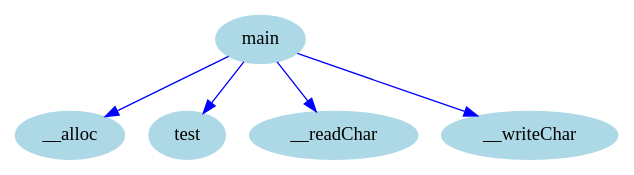
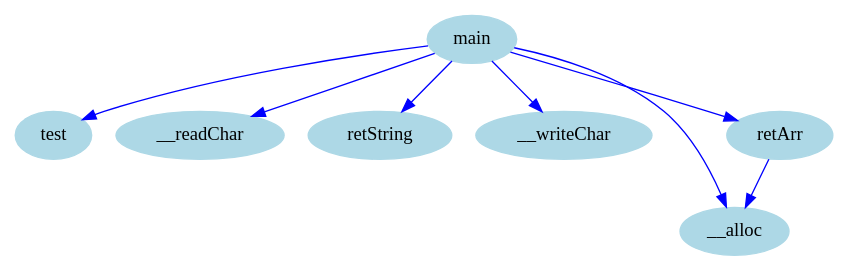
The diagram in outputs/cfg/cg.dot (zavar152-cv/myLang-oop-compiler), drawn with Graphviz before and after one commit. The commit also changed 8 other files, not shown here.

```diff
--- a/outputs/cfg/cg.dot
+++ b/outputs/cfg/cg.dot
@@ -1,14 +1,19 @@
 digraph CallGraph {
     node [shape=ellipse, style=filled, color=lightblue];
 
-    "__alloc";
     "test";
     "__readChar";
+    "retString";
     "__writeChar";
     "main";
+    "__alloc";
+    "retArr";
 
+    "main" -> "retArr" [color=blue];
     "main" -> "__alloc" [color=blue];
     "main" -> "test" [color=blue];
     "main" -> "__readChar" [color=blue];
+    "main" -> "retString" [color=blue];
     "main" -> "__writeChar" [color=blue];
+    "retArr" -> "__alloc" [color=blue];
 }
```
